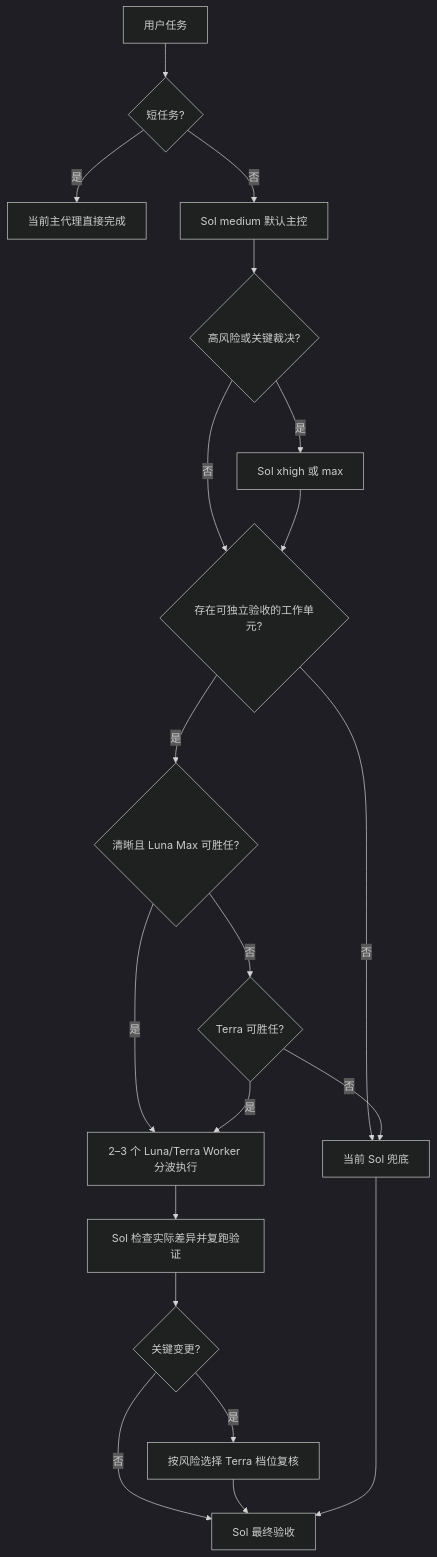
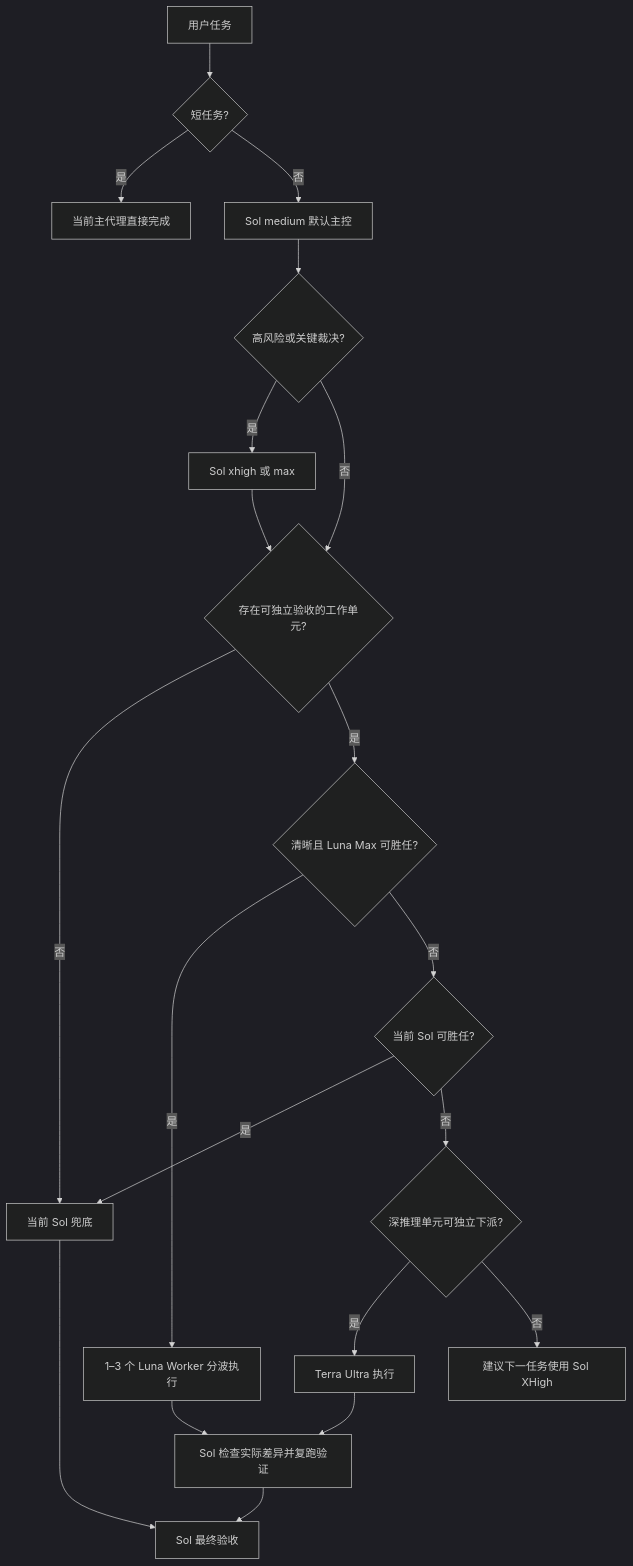
The diagram in docs/OPERATING_GUIDE.md (9holy/codex-quality-orchestrator), drawn with Mermaid (dark theme) before and after one commit. The commit also changed other lines of this file and 14 other files, not shown here.

````diff
--- a/docs/OPERATING_GUIDE.md
+++ b/docs/OPERATING_GUIDE.md
@@ -23,22 +23,22 @@
 ```mermaid
 flowchart TD
     A[用户任务] --> B{短任务?}
     B -->|是| C[当前主代理直接完成]
     B -->|否| D[Sol medium 默认主控]
     D --> E{高风险或关键裁决?}
     E -->|是| F[Sol xhigh 或 max]
     E -->|否| I{存在可独立验收的工作单元?}
     F --> I
     I -->|否| H[当前 Sol 兜底]
     I -->|是| G{清晰且 Luna Max 可胜任?}
-    G -->|是| J[2–3 个 Luna/Terra Worker 分波执行]
-    G -->|否| O{Terra 可胜任?}
-    O -->|是| J
-    O -->|否| H
+    G -->|是| J[1–3 个 Luna Worker 分波执行]
+    G -->|否| O{当前 Sol 可胜任?}
+    O -->|是| H
+    O -->|否| P{深推理单元可独立下派?}
+    P -->|是| Q[Terra Ultra 执行]
+    P -->|否| R[建议下一任务使用 Sol XHigh]
+    Q --> K
     J --> K[Sol 检查实际差异并复跑验证]
-    K --> L{关键变更?}
-    L -->|是| M[按风险选择 Terra 档位复核]
-    L -->|否| N[Sol 最终验收]
-    M --> N
+    K --> N[Sol 最终验收]
     H --> N
 ```
````
